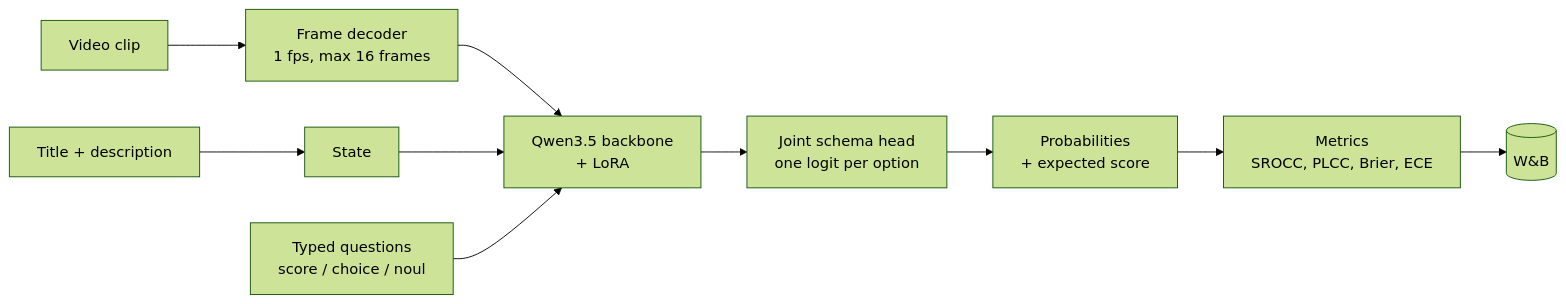
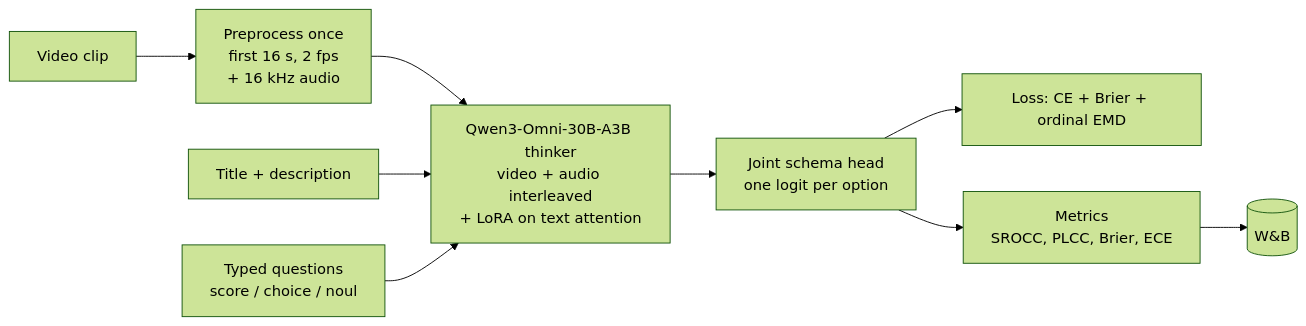
Before and after one commit to sp1d5r/vjev: the diagram in README.md, drawn with Mermaid (forest theme). The commit also changed other lines of this file and 1 other file, not shown here.

Commit message:
Update status and log the Qwen3-Omni pilot setup

````diff
--- a/README.md
+++ b/README.md
@@ -50,12 +51,11 @@
 ```mermaid
 flowchart LR
-  V[Video clip] --> D[Frame decoder<br/>1 fps, max 16 frames]
-  T[Title + description] --> S[State]
-  D --> M[Qwen3.5 backbone<br/>+ LoRA]
-  S --> M
-  Q[Typed questions<br/>score / choice / noul] --> M
-  M --> H[Joint schema head<br/>one logit per option]
-  H --> P[Probabilities<br/>+ expected score]
-  P --> E[Metrics<br/>SROCC, PLCC, Brier, ECE]
+  V[Video clip] --> P[Preprocess once<br/>first 16 s, 2 fps<br/>+ 16 kHz audio]
+  P --> O[Qwen3-Omni-30B-A3B thinker<br/>video + audio interleaved<br/>+ LoRA on text attention]
+  T[Title + description] --> O
+  Q[Typed questions<br/>score / choice / noul] --> O
+  O --> H[Joint schema head<br/>one logit per option]
+  H --> L[Loss: CE + Brier + ordinal EMD]
+  H --> E[Metrics<br/>SROCC, PLCC, Brier, ECE]
   E --> W[(W&B)]
 ```
````
